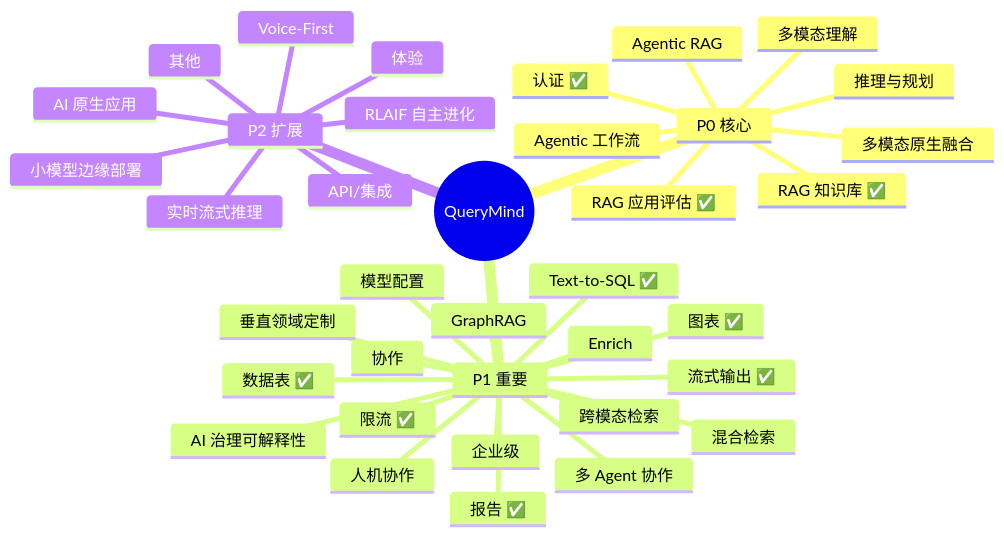
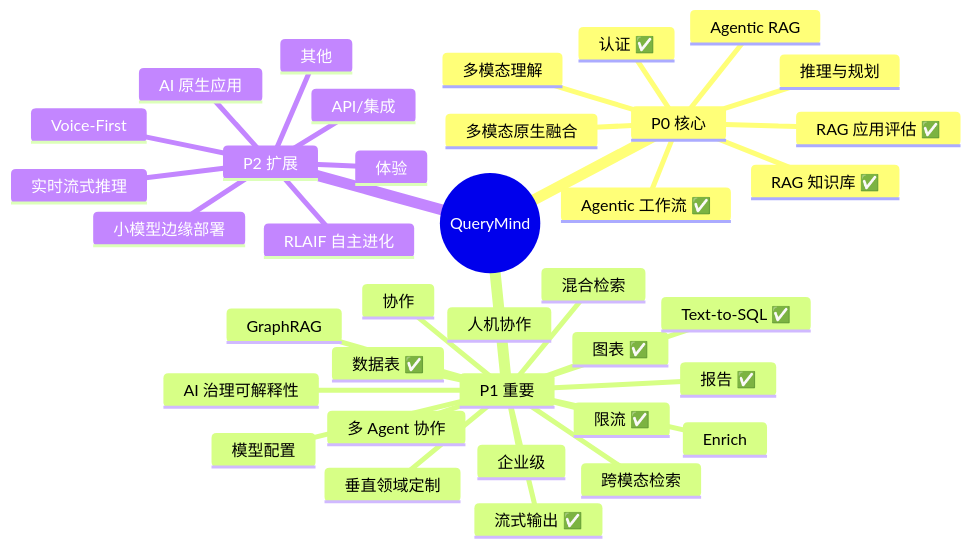
One commit to EarthShakers/query-mind changed the diagram in docs/PRODUCT_CAPABILITIES.md. Above: the diagram before and after it, drawn with Mermaid. The commit also changed other lines of this file and 5 other files, not shown here.

````diff
--- a/docs/PRODUCT_CAPABILITIES.md
+++ b/docs/PRODUCT_CAPABILITIES.md
@@ -42,40 +42,40 @@
 ```mermaid
 mindmap
   root((QueryMind))
     P0 核心
       RAG 知识库 ✅
       RAG 应用评估 ✅
-      Agentic 工作流
+      Agentic 工作流 ✅
       多模态理解
       认证 ✅
       Agentic RAG
       推理与规划
       多模态原生融合
     P1 重要
       报告 ✅
       跨模态检索
       图表 ✅
-      Text-to-SQL ✅
-      数据表 ✅
+      Text-to-SQL ✅         
+      数据表 ✅    
       协作
       限流 ✅
       企业级
       流式输出 ✅
       模型配置
       GraphRAG
       混合检索
       Enrich
       AI 治理可解释性
       多 Agent 协作
       垂直领域定制
       人机协作
     P2 扩展
       体验
       API/集成
       其他
       小模型边缘部署
       实时流式推理
       AI 原生应用
       Voice-First
       RLAIF 自主进化
 ```
````
